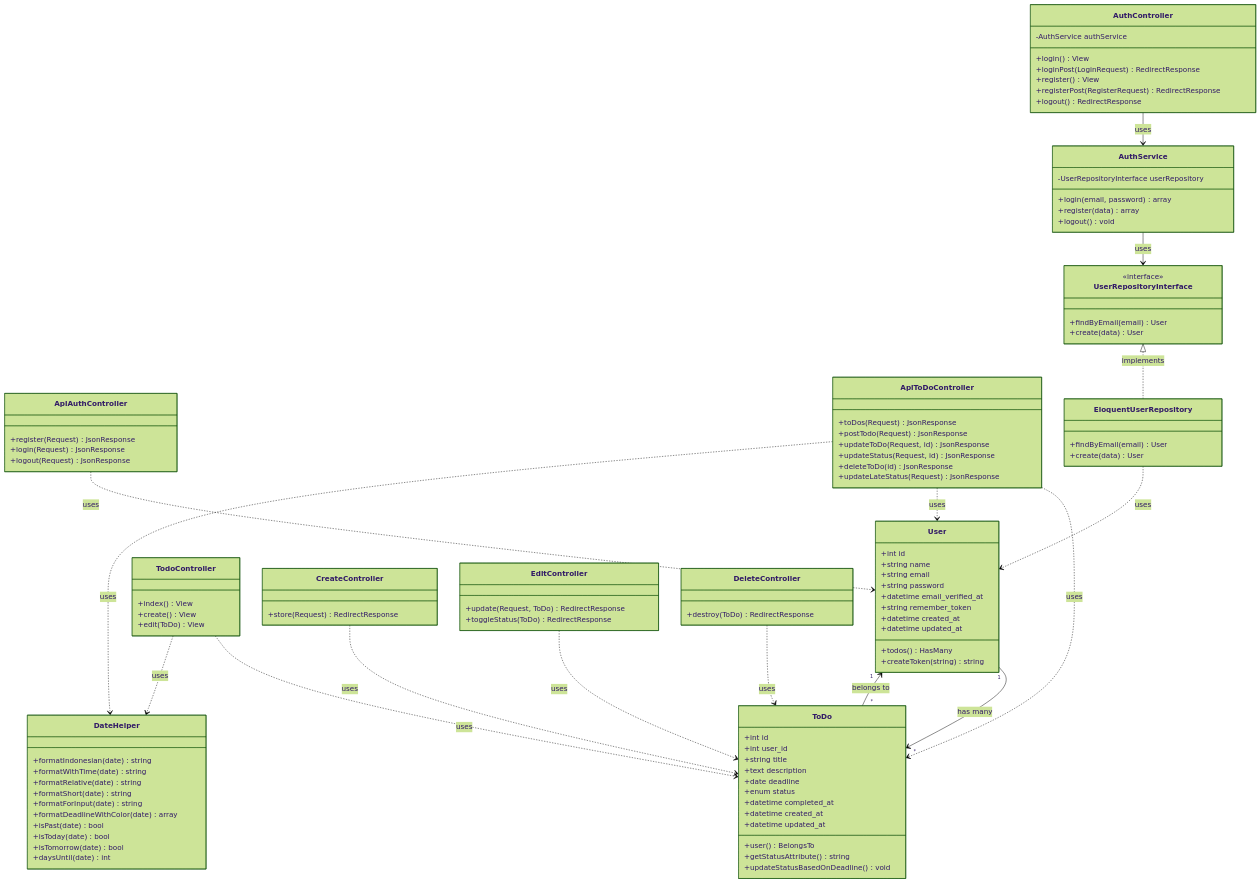
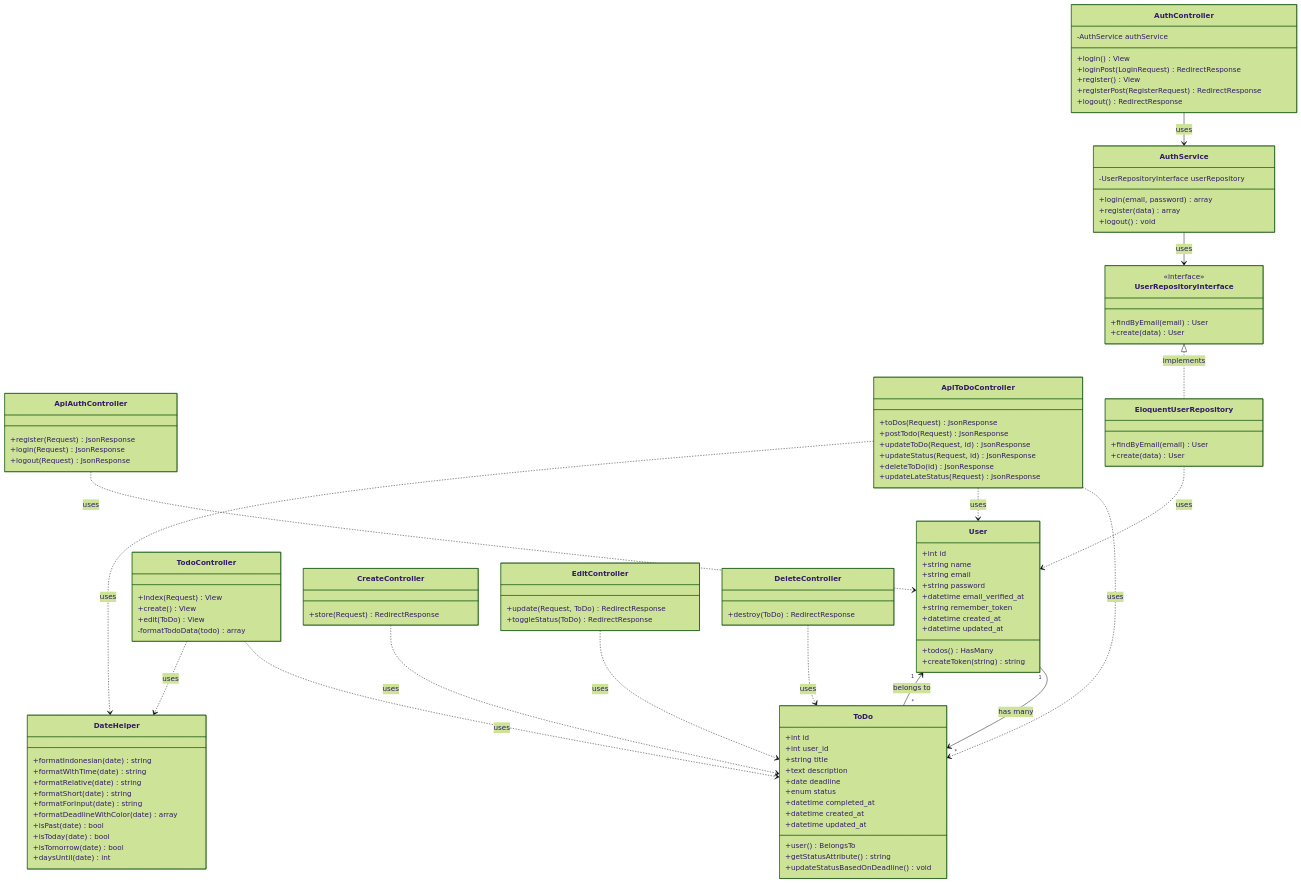
The second of 2 diagrams in README.md (Renymh24/ToDoList_sedernaha), drawn with Mermaid (forest theme) before and after one commit. The commit also changed other lines of this file and 3 other files, not shown here.

```diff
--- a/README.md
+++ b/README.md
@@ -1006,9 +1238,10 @@
     }
 
     class TodoController {
-        +index() View
+        +index(Request) View
         +create() View
         +edit(ToDo) View
+        -formatTodoData(todo) array
     }
 
     class CreateController {
```
